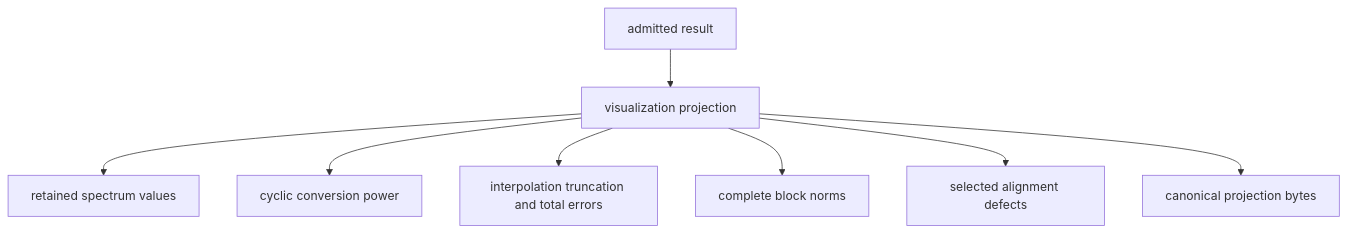
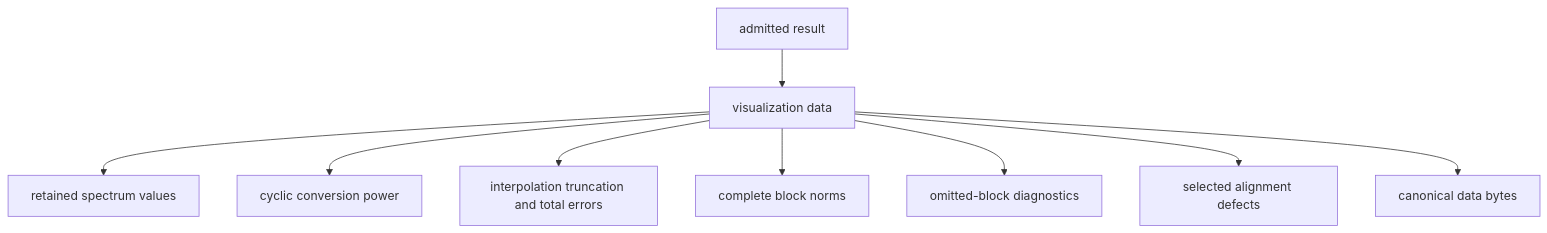
One commit to eragasa/ksdft2effmass changed the diagram in docs/architecture/v3/ksdft2effmass/periodic1d/rank2/band_alignment/composite/visualizations/Periodic1DCompositeBandAlignmentVisualizationData/schematics.md. Above: the diagram before and after it, drawn with Mermaid. The commit also changed 157 other files, not shown here.

Commit message:
refactor(periodic1d): retain typed locality and figure evidence

````diff
--- a/docs/architecture/v3/ksdft2effmass/periodic1d/rank2/band_alignment/composite/visualizations/Periodic1DCompositeBandAlignmentVisualizationData/schematics.md
+++ b/docs/architecture/v3/ksdft2effmass/periodic1d/rank2/band_alignment/composite/visualizations/Periodic1DCompositeBandAlignmentVisualizationData/schematics.md
@@ -3,10 +3,11 @@
 ```mermaid
 flowchart TD
-    R[admitted result] --> P[visualization projection]
+    R[admitted result] --> P[visualization data]
     P --> S[retained spectrum values]
     P --> C[cyclic conversion power]
     P --> E[interpolation truncation and total errors]
     P --> H[complete block norms]
+    P --> O[omitted-block diagnostics]
     P --> D[selected alignment defects]
-    P --> W[canonical projection bytes]
+    P --> W[canonical data bytes]
 ```
````
